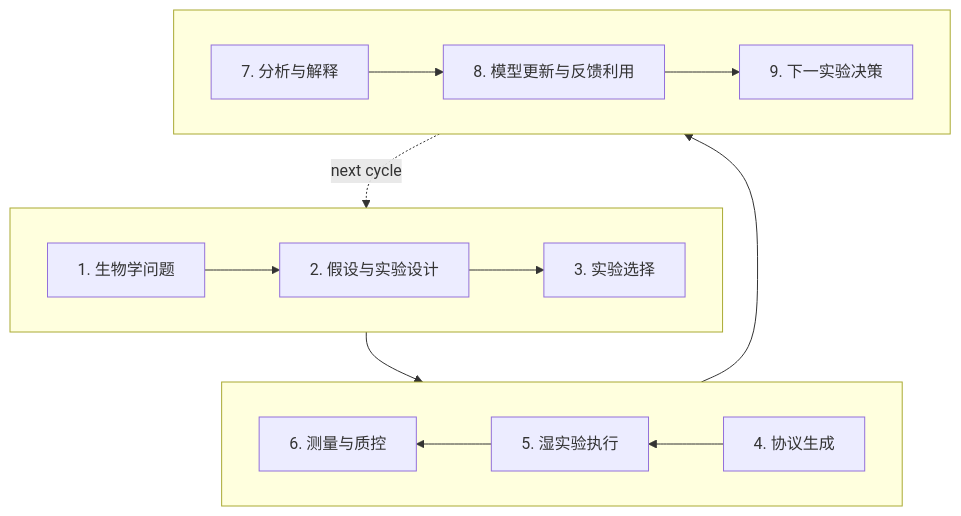
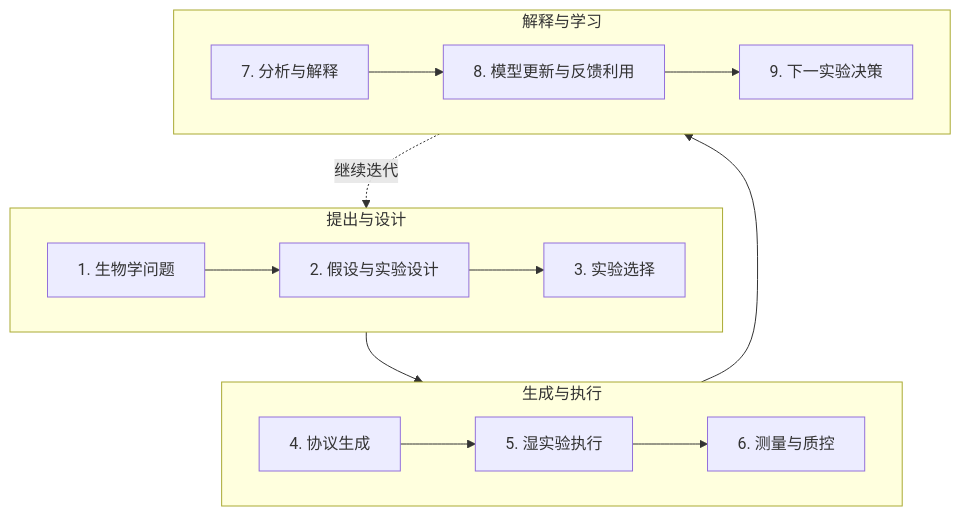
The diagram in README_zh.md (HSZD-Team/Awesome-Autonomous-Biology), drawn with Mermaid before and after one commit. The commit also changed other lines of this file and 35 other files, not shown here.

````diff
--- a/README_zh.md
+++ b/README_zh.md
@@ -19,18 +70,18 @@
 ```mermaid
 flowchart TB
-  subgraph R1[ ]
+  subgraph R1["提出与设计"]
     direction LR
     S1["1. 生物学问题"] --> S2["2. 假设与实验设计"] --> S3["3. 实验选择"]
   end
-  subgraph R2[ ]
-    direction RL
+  subgraph R2["生成与执行"]
+    direction LR
     S4["4. 协议生成"] --> S5["5. 湿实验执行"] --> S6["6. 测量与质控"]
   end
-  subgraph R3[ ]
+  subgraph R3["解释与学习"]
     direction LR
     S7["7. 分析与解释"] --> S8["8. 模型更新与反馈利用"] --> S9["9. 下一实验决策"]
   end
   S3 --> S4
   S6 --> S7
-  S9 -. next cycle .-> S1
+  S9 -. "继续迭代" .-> S2
 ```
````
